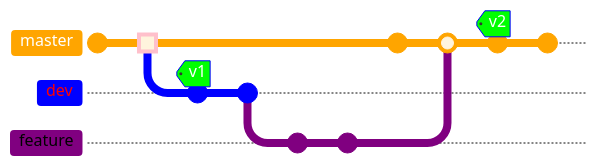
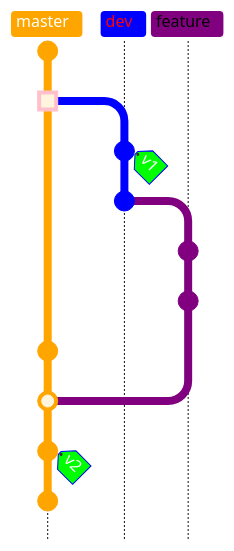
One commit to PasseRR/passerr.github.io changed diagram 11 of 12 in posts/2023/s3/2023-08-03-mermaid-gitgraph.md. Above: the diagram before and after it, drawn with Mermaid. The commit also changed other lines of this file, not shown here. Commit ids are hidden.

````diff
--- a/posts/2023/s3/2023-08-03-mermaid-gitgraph.md
+++ b/posts/2023/s3/2023-08-03-mermaid-gitgraph.md
@@ -350,43 +350,43 @@
 ```mmd
 %%{
   init: {
     'theme': 'base',
     'themeVariables': {
       'git0': 'orange',
       'git1': 'blue',
       'git2': 'purple',
       'gitBranchLabel0': 'white',
       'gitBranchLabel1': 'red',
       'gitBranchLabel2': 'black',
       'gitInv0': 'pink',
       'commitLabelColor': 'black',
       'commitLabelBackground': '#gray',
       'commitLabelFontSize': '10px',
       'tagLabelColor': 'white',
       'tagLabelBackground': '#00ff00',
       'tagLabelBorder': '#0000ff',
       'tagLabelFontSize': '16px'
     },
     'gitGraph': {
       'rotateCommitLabel': false,
       'mainBranchName': 'master'
     }
   }
 }%%
-gitGraph LR:
+gitGraph TB:
   commit
   commit type: HIGHLIGHT
   branch dev
   checkout dev
   commit tag: "v1"
   commit
   branch feature
   checkout feature
   commit
   commit
   checkout master
   commit
   merge feature
   commit tag: "v2"
   commit
 ```
````
